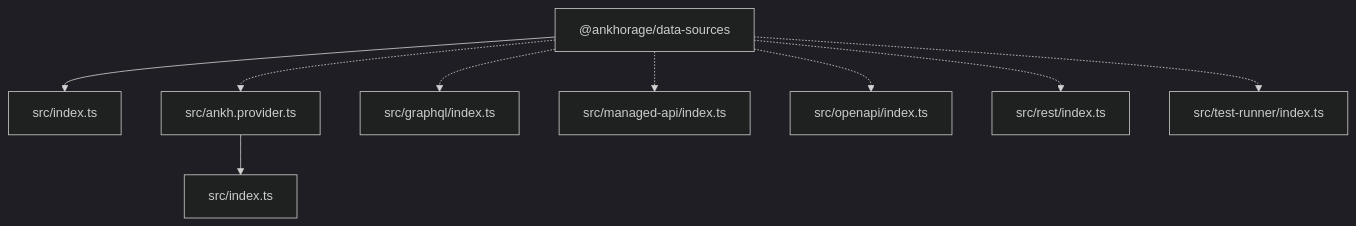
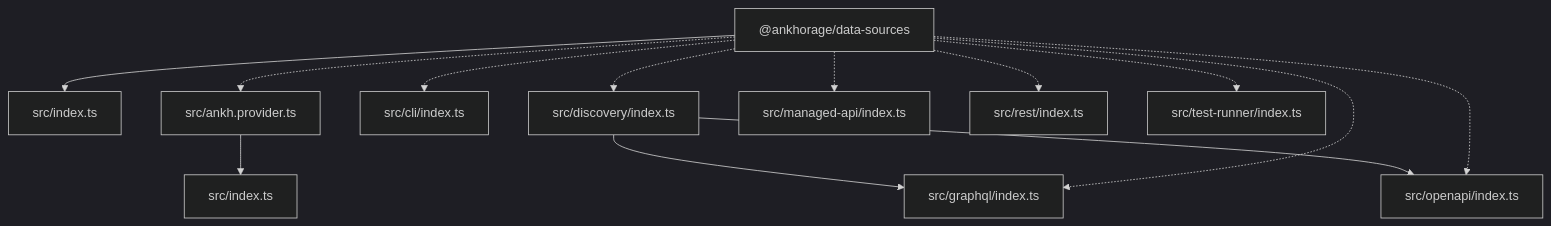
The diagram in README.md (ankhorage/data-sources), drawn with Mermaid (dark theme) before and after one commit. The commit also changed other lines of this file and 11 other files, not shown here.

````diff
--- a/README.md
+++ b/README.md
@@ -32,20 +33,26 @@
 ```mermaid
 graph TD
   package__ankhorage_data_sources["@ankhorage/data-sources"]
   entrypoint_src_index_ts["src/index.ts"]
   package__ankhorage_data_sources --> entrypoint_src_index_ts
   module_src_ankh_provider_ts["src/ankh.provider.ts"]
   package__ankhorage_data_sources -.-> module_src_ankh_provider_ts
   module_src_ankh_provider_ts --> module_src_index_ts
+  module_src_cli_index_ts["src/cli/index.ts"]
+  package__ankhorage_data_sources -.-> module_src_cli_index_ts
+  module_src_discovery_index_ts["src/discovery/index.ts"]
+  package__ankhorage_data_sources -.-> module_src_discovery_index_ts
+  module_src_discovery_index_ts --> module_src_graphql_index_ts
+  module_src_discovery_index_ts --> module_src_openapi_index_ts
   module_src_graphql_index_ts["src/graphql/index.ts"]
   package__ankhorage_data_sources -.-> module_src_graphql_index_ts
   module_src_index_ts["src/index.ts"]
   module_src_managed_api_index_ts["src/managed-api/index.ts"]
   package__ankhorage_data_sources -.-> module_src_managed_api_index_ts
   module_src_openapi_index_ts["src/openapi/index.ts"]
   package__ankhorage_data_sources -.-> module_src_openapi_index_ts
   module_src_rest_index_ts["src/rest/index.ts"]
   package__ankhorage_data_sources -.-> module_src_rest_index_ts
   module_src_test_runner_index_ts["src/test-runner/index.ts"]
   package__ankhorage_data_sources -.-> module_src_test_runner_index_ts
 ```
````
